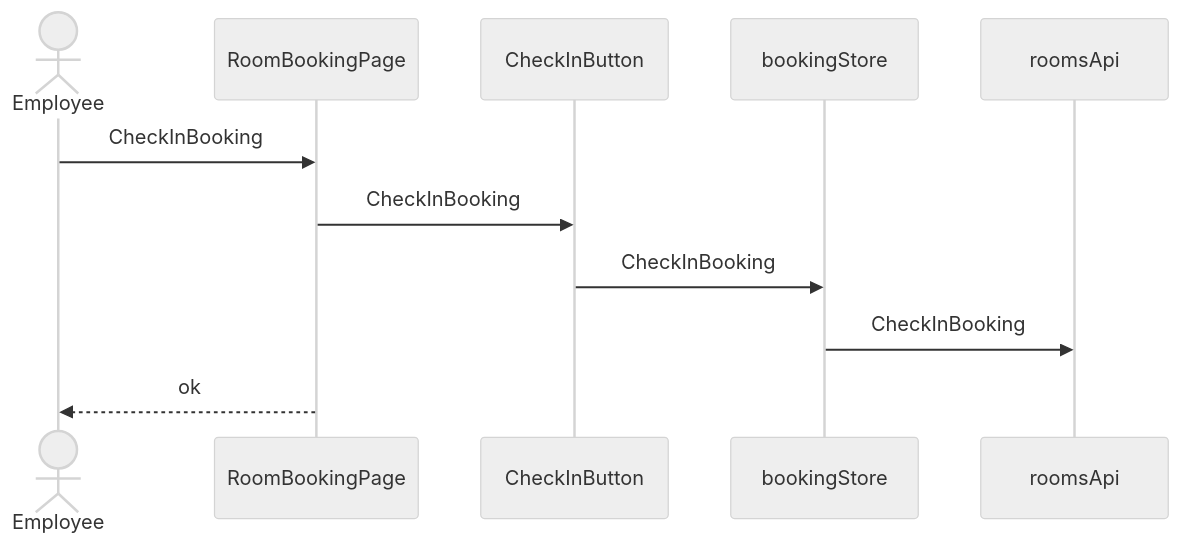
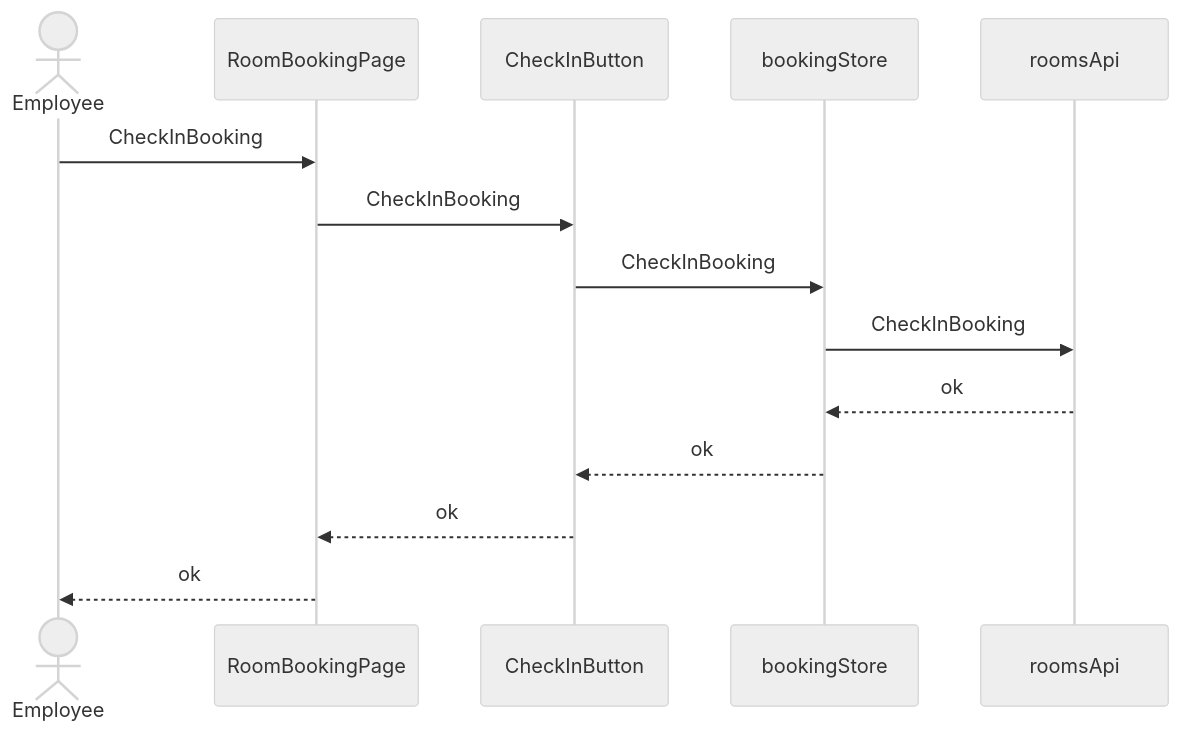
Before and after one commit to pin0513/AITools: the fifth of 6 diagrams in skills/spec-dev-process/examples/matrix/fe-only-zh-s2/specs/rd/room-booking/spec/30-architecture-c4.md, drawn with Mermaid (neutral theme). The commit also changed other lines of this file and 257 other files, not shown here.

````diff
--- a/skills/spec-dev-process/examples/matrix/fe-only-zh-s2/specs/rd/room-booking/spec/30-architecture-c4.md
+++ b/skills/spec-dev-process/examples/matrix/fe-only-zh-s2/specs/rd/room-booking/spec/30-architecture-c4.md
@@ -92,13 +95,16 @@
 ```mermaid
 sequenceDiagram
   actor U as Employee
   participant CMP001 as RoomBookingPage
   participant CMP003 as CheckInButton
   participant CMP005 as bookingStore
   participant CMP006 as roomsApi
   U->>CMP001: CheckInBooking
   CMP001->>CMP003: CheckInBooking
   CMP003->>CMP005: CheckInBooking
   CMP005->>CMP006: CheckInBooking
+  CMP006-->>CMP005: ok
+  CMP005-->>CMP003: ok
+  CMP003-->>CMP001: ok
   CMP001-->>U: ok
 ```
````
